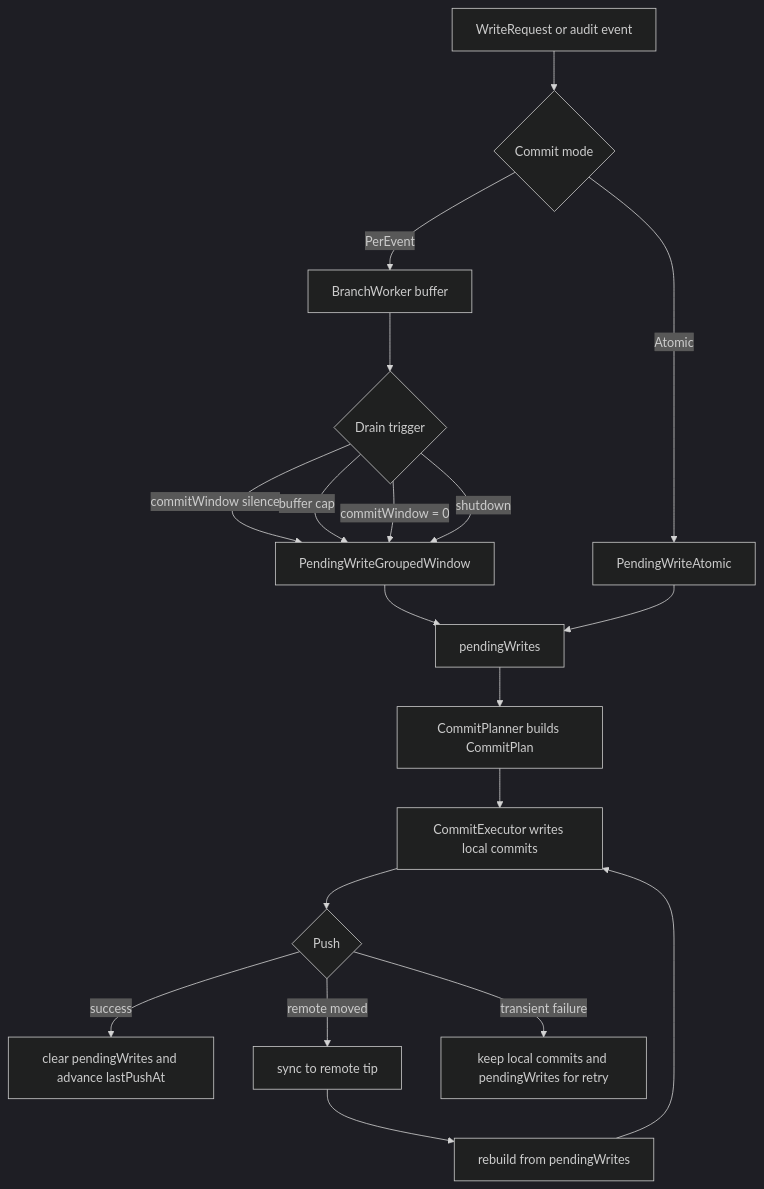
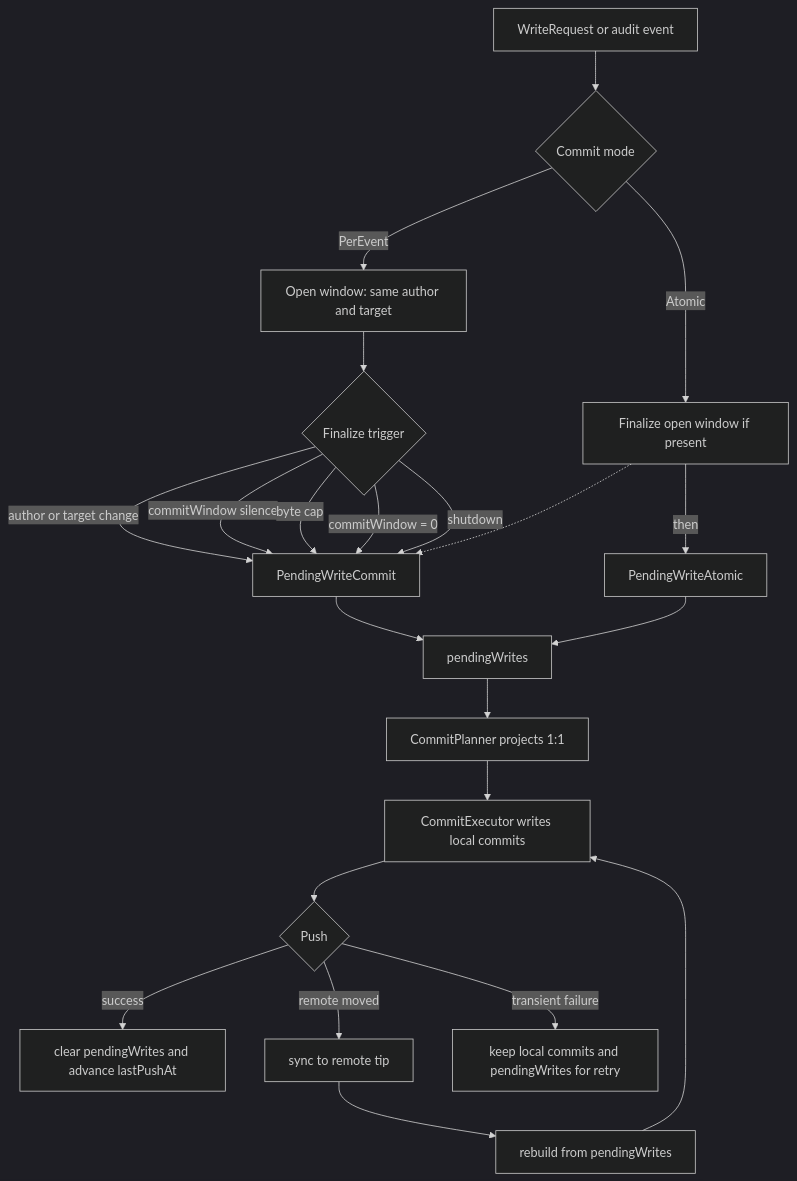
Before and after one commit to ConfigButler/gitops-reverser: the diagram in docs/design/commit-window-refactor.md, drawn with Mermaid (dark theme). The commit also changed other lines of this file and 13 other files, not shown here.

````diff
--- a/docs/design/commit-window-refactor.md
+++ b/docs/design/commit-window-refactor.md
@@ -59,21 +59,24 @@
 ```mermaid
 flowchart TD
     A[WriteRequest or audit event] --> B{Commit mode}
-    B -->|PerEvent| C[BranchWorker buffer]
-    B -->|Atomic| D[PendingWriteAtomic]
-    C --> E{Drain trigger}
-    E -->|commitWindow silence| F[PendingWriteGroupedWindow]
-    E -->|buffer cap| F
+    B -->|PerEvent| C[Open window: same author and target]
+    C --> E{Finalize trigger}
+    E -->|author or target change| F[PendingWriteCommit]
+    E -->|commitWindow silence| F
+    E -->|byte cap| F
     E -->|commitWindow = 0| F
     E -->|shutdown| F
+    B -->|Atomic| Q[Finalize open window if present]
+    Q -.-> F
+    Q -->|then| D[PendingWriteAtomic]
     F --> G[pendingWrites]
     D --> G
-    G --> H[CommitPlanner builds CommitPlan]
+    G --> H[CommitPlanner projects 1:1]
     H --> I[CommitExecutor writes local commits]
     I --> J{Push}
     J -->|success| K[clear pendingWrites and advance lastPushAt]
     J -->|remote moved| L[sync to remote tip]
     L --> M[rebuild from pendingWrites]
     M --> I
     J -->|transient failure| N[keep local commits and pendingWrites for retry]
 ```
````
